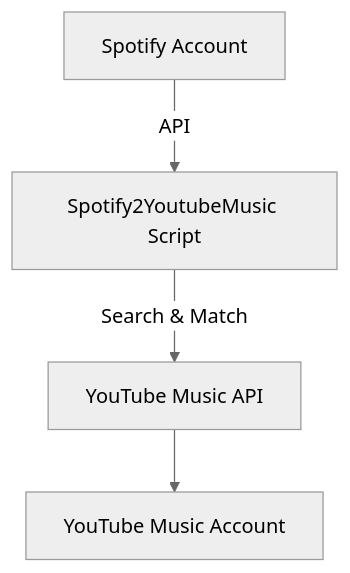
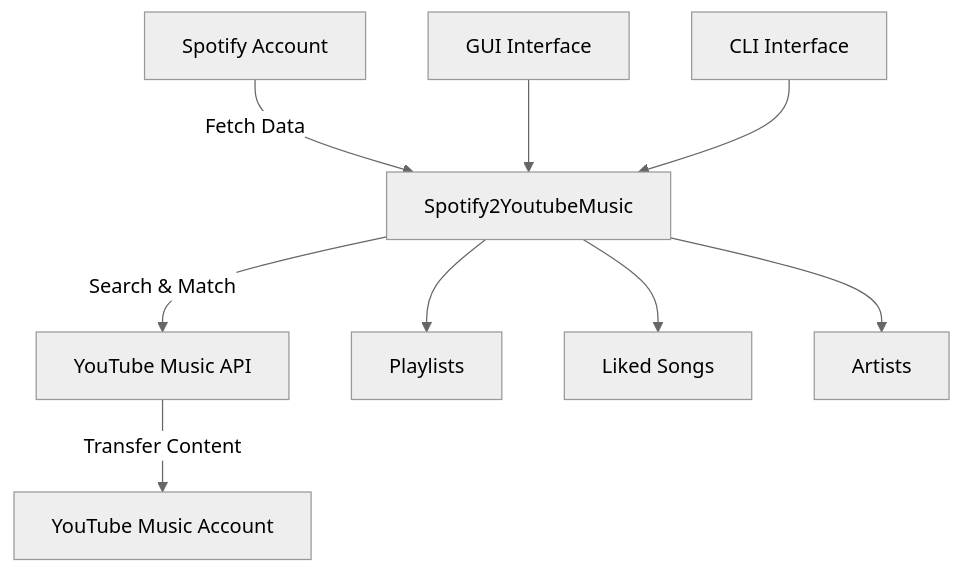
One commit to mahdi-y/Spotify2YoutubeMusic changed the diagram in readme.md. Above: the diagram before and after it, drawn with Mermaid (neutral theme). The commit also changed other lines of this file and 2 other files, not shown here.

Commit message:
feat: Implement modern GUI for Spotify to YouTube Music playlist transfer

````diff
--- a/readme.md
+++ b/readme.md
@@ -134,6 +181,13 @@
 ```mermaid
 flowchart TD
-    A[Spotify Account] -->|API| B[Spotify2YoutubeMusic Script]
+    A[Spotify Account] -->|Fetch Data| B[Spotify2YoutubeMusic]
     B -->|Search & Match| C[YouTube Music API]
-    C --> D[YouTube Music Account]
+    C -->|Transfer Content| D[YouTube Music Account]
+    
+    E[GUI Interface] --> B
+    F[CLI Interface] --> B
+    
+    B --> G[Playlists]
+    B --> H[Liked Songs] 
+    B --> I[Artists]
 ```
````
